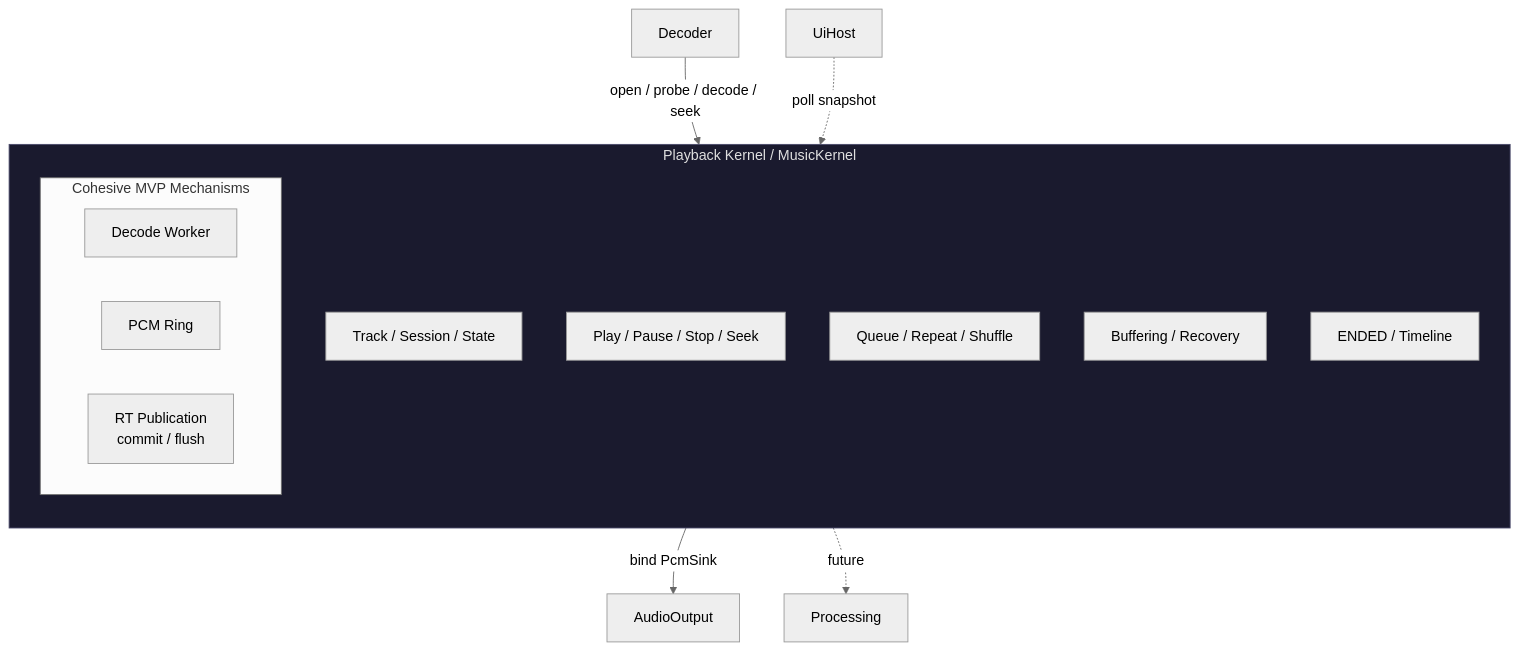
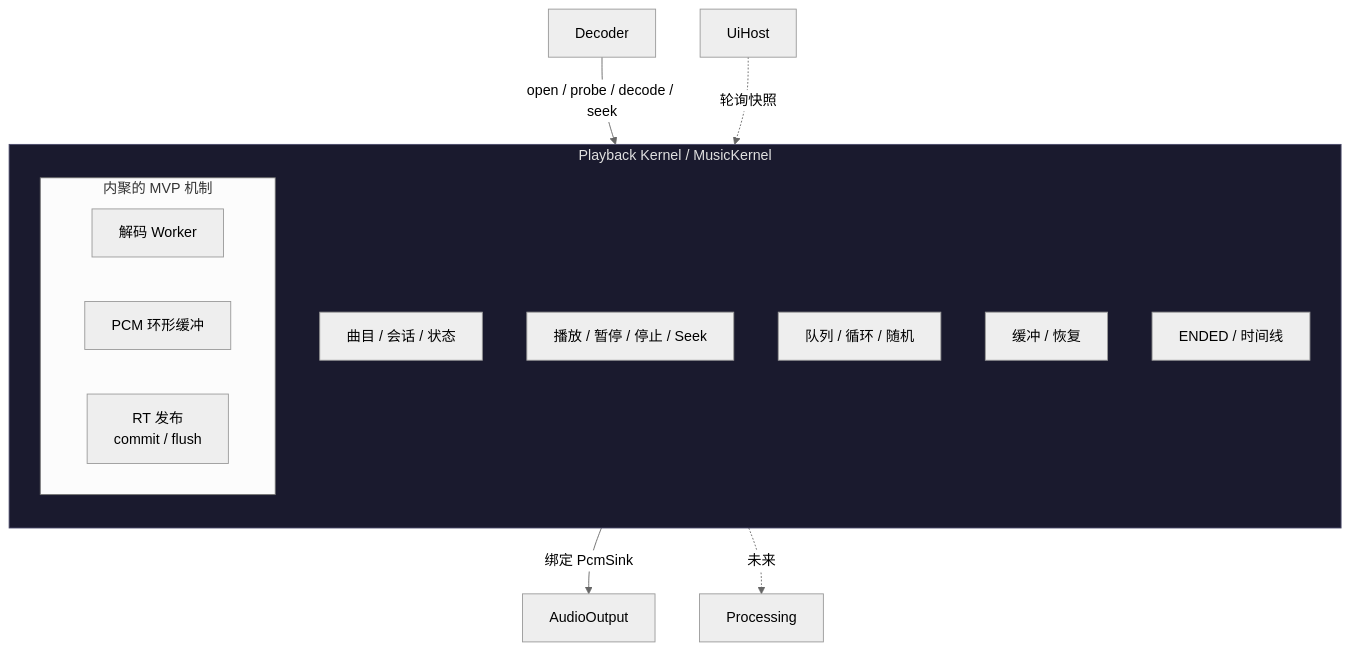
One commit to jnhu76/qianqian changed the diagram in website/architecture/playback-kernel.md. Above: the diagram before and after it, drawn with Mermaid (neutral theme). The commit also changed other lines of this file and 22 other files, not shown here.

````diff
--- a/website/architecture/playback-kernel.md
+++ b/website/architecture/playback-kernel.md
@@ -26,24 +26,24 @@
 ```mermaid
 flowchart TB
     subgraph PK["Playback Kernel / MusicKernel"]
         direction TB
-        TS["Track / Session / State"]
-        PP["Play / Pause / Stop / Seek"]
-        QR["Queue / Repeat / Shuffle"]
-        BFR["Buffering / Recovery"]
-        EN["ENDED / Timeline"]
+        TS["曲目 / 会话 / 状态"]
+        PP["播放 / 暂停 / 停止 / Seek"]
+        QR["队列 / 循环 / 随机"]
+        BFR["缓冲 / 恢复"]
+        EN["ENDED / 时间线"]
 
-        subgraph Mechanisms["Cohesive MVP Mechanisms"]
-            DW["Decode Worker"]
-            PR["PCM Ring"]
-            RT["RT Publication<br/>commit / flush"]
+        subgraph Mechanisms["内聚的 MVP 机制"]
+            DW["解码 Worker"]
+            PR["PCM 环形缓冲"]
+            RT["RT 发布<br/>commit / flush"]
         end
     end
 
     DEC["Decoder"] -->|"open / probe / decode / seek"| PK
-    PK -->|"bind PcmSink"| AOUT["AudioOutput"]
-    PK -.->|"future"| PROC["Processing"]
-    UH["UiHost"] -.->|"poll snapshot"| PK
+    PK -->|"绑定 PcmSink"| AOUT["AudioOutput"]
+    PK -.->|"未来"| PROC["Processing"]
+    UH["UiHost"] -.->|"轮询快照"| PK
 
     style PK fill:#1a1a2e,stroke:#4a4a6a,color:#e0e0e0
 ```
````
